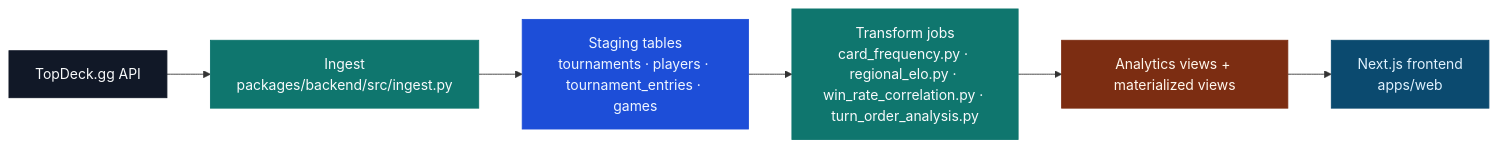
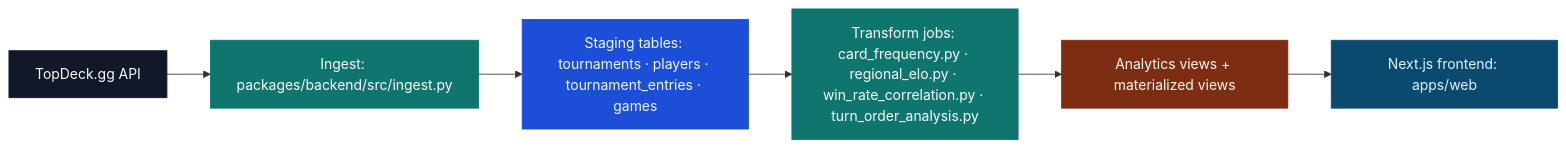
One commit to abcEDH/cedh-research changed the first of 2 diagrams in docs/methodology/data-model.md. Above: the diagram before and after it, drawn with Mermaid.

Commit message:
docs: simplify mermaid labels for github

````diff
--- a/docs/methodology/data-model.md
+++ b/docs/methodology/data-model.md
@@ -12,20 +12,20 @@
 ```mermaid
 flowchart LR
-  A["TopDeck.gg API"] --> B["Ingest<br/>packages/backend/src/ingest.py"]
-  B --> C["Staging tables<br/>tournaments · players · tournament_entries · games"]
-  C --> D["Transform jobs<br/>card_frequency.py · regional_elo.py · win_rate_correlation.py · turn_order_analysis.py"]
+  A["TopDeck.gg API"] --> B["Ingest: packages/backend/src/ingest.py"]
+  B --> C["Staging tables: tournaments · players · tournament_entries · games"]
+  C --> D["Transform jobs: card_frequency.py · regional_elo.py · win_rate_correlation.py · turn_order_analysis.py"]
   D --> E["Analytics views + materialized views"]
-  E --> F["Next.js frontend<br/>apps/web"]
+  E --> F["Next.js frontend: apps/web"]
 
   classDef source fill:#111827,stroke:#111827,color:#f9fafb;
   classDef process fill:#0f766e,stroke:#0f766e,color:#f8fafc;
   classDef store fill:#1d4ed8,stroke:#1d4ed8,color:#eff6ff;
   classDef view fill:#7c2d12,stroke:#7c2d12,color:#fff7ed;
   classDef client fill:#0b4a6f,stroke:#0b4a6f,color:#e0f2fe;
 
   class A source;
   class B,D process;
   class C store;
   class E view;
   class F client;
 ```
````
